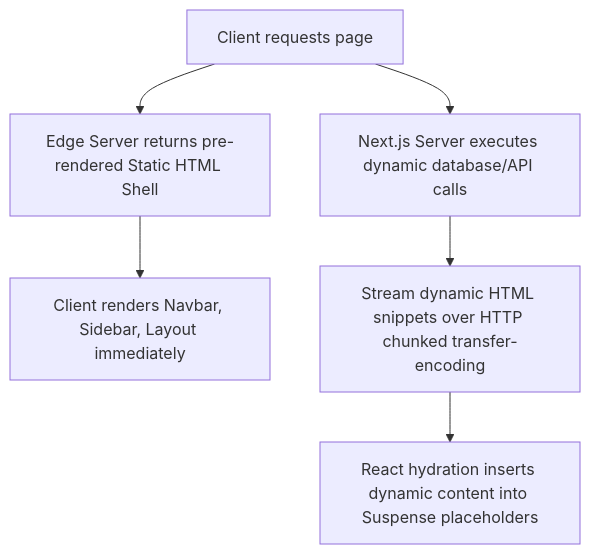
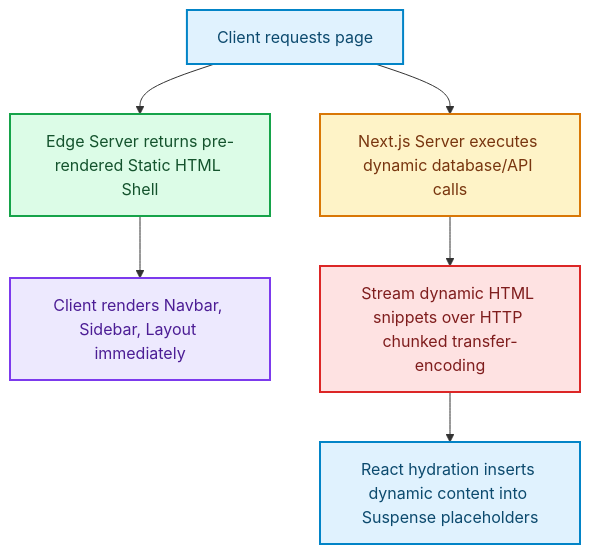
The diagram in blog/posts/nextjs-partial-prerendering-ppr-production.md (akmalkhaniub/akmalkhaniub.github.io), drawn with Mermaid before and after one commit. The commit also changed other lines of this file and 1291 other files, not shown here.

First line of the commit message:
feat(catalog): unique covers, scholarly references, and diagram palettes

````diff
--- a/blog/posts/nextjs-partial-prerendering-ppr-production.md
+++ b/blog/posts/nextjs-partial-prerendering-ppr-production.md
@@ -23,8 +23,19 @@
 ```mermaid
 flowchart TD
-  A[Client requests page] --> B[Edge Server returns pre-rendered Static HTML Shell]
-  B --> C[Client renders Navbar, Sidebar, Layout immediately]
-  A --> D[Next.js Server executes dynamic database/API calls]
-  D --> E[Stream dynamic HTML snippets over HTTP chunked transfer-encoding]
-  E --> F[React hydration inserts dynamic content into Suspense placeholders]
+  A["Client requests page"] --> B["Edge Server returns pre-rendered Static HTML Shell"]
+  B --> C["Client renders Navbar, Sidebar, Layout immediately"]
+  A --> D["Next.js Server executes dynamic database/API calls"]
+  D --> E["Stream dynamic HTML snippets over HTTP chunked transfer-encoding"]
+  E --> F["React hydration inserts dynamic content into Suspense placeholders"]
+
+classDef green fill:#dcfce7,stroke:#16a34a,stroke-width:2px,color:#14532d;
+classDef red fill:#fee2e2,stroke:#dc2626,stroke-width:2px,color:#7f1d1d;
+classDef blue fill:#e0f2fe,stroke:#0284c7,stroke-width:2px,color:#0c4a6e;
+classDef yellow fill:#fef3c7,stroke:#d97706,stroke-width:2px,color:#78350f;
+classDef purple fill:#ede9fe,stroke:#7c3aed,stroke-width:2px,color:#4c1d95;
+class A,F blue
+class B green
+class C purple
+class D yellow
+class E red
 ```
````
